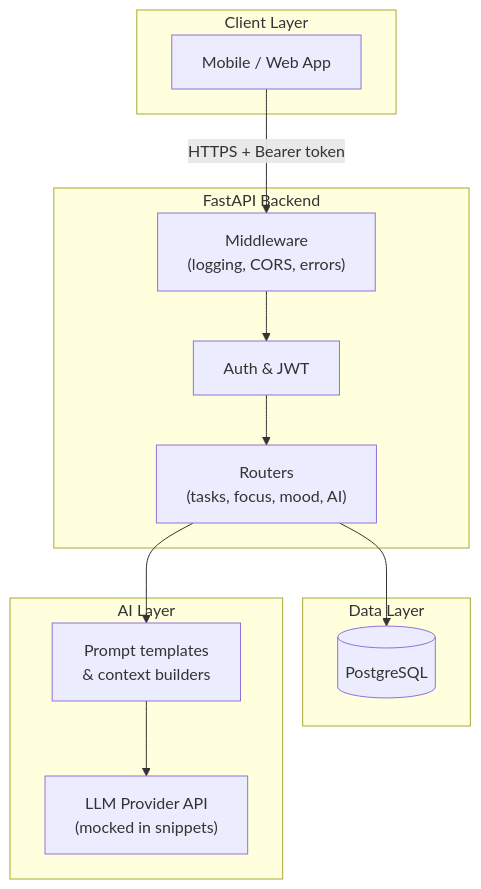
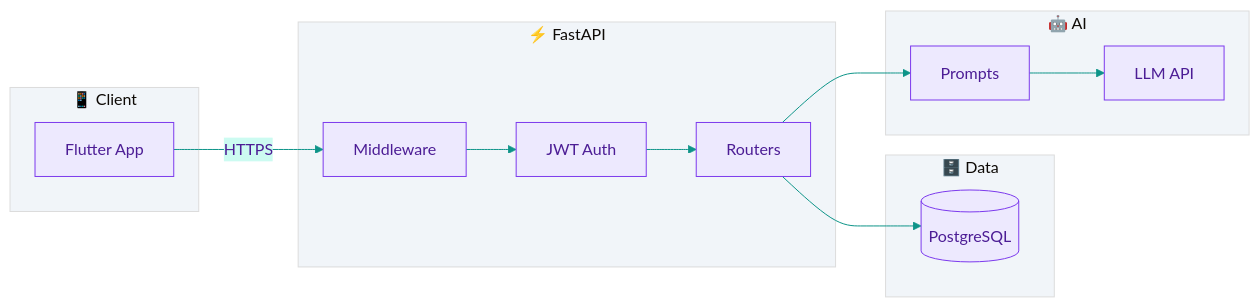
The diagram in README.md (raghadalb-tech/mindtrack-portfolio), drawn with Mermaid before and after one commit. The commit also changed other lines of this file and 3 other files, not shown here.

Commit message:
docs: add visual banner, feature graphics, and LinkedIn-ready README

````diff
--- a/README.md
+++ b/README.md
@@ -45,27 +102,28 @@
 ```mermaid
-flowchart TB
-    subgraph Client["Client Layer"]
-        APP["Mobile / Web App"]
+%%{init: {'theme': 'base', 'themeVariables': { 'primaryColor': '#ede9fe', 'primaryTextColor': '#4c1d95', 'primaryBorderColor': '#7c3aed', 'lineColor': '#0d9488', 'secondaryColor': '#ccfbf1', 'tertiaryColor': '#f1f5f9'}}}%%
+flowchart LR
+    subgraph Client["📱 Client"]
+        APP["Flutter App"]
     end
 
-    subgraph API["FastAPI Backend"]
-        MW["Middleware\n(logging, CORS, errors)"]
-        AUTH["Auth & JWT"]
-        ROUTES["Routers\n(tasks, focus, mood, AI)"]
-        MW --> AUTH --> ROUTES
+    subgraph API["⚡ FastAPI"]
+        MW["Middleware"]
+        AUTH["JWT Auth"]
+        R["Routers"]
+        MW --> AUTH --> R
     end
 
-    subgraph Data["Data Layer"]
-        PG[("PostgreSQL")]
+    subgraph Data["🗄️ Data"]
+        DB[("PostgreSQL")]
     end
 
-    subgraph AI["AI Layer"]
-        PROMPT["Prompt templates\n& context builders"]
-        LLM["LLM Provider API\n(mocked in snippets)"]
-        PROMPT --> LLM
+    subgraph AI["🤖 AI"]
+        P["Prompts"]
+        L["LLM API"]
+        P --> L
     end
 
-    APP -->|HTTPS + Bearer token| MW
-    ROUTES --> PG
-    ROUTES --> PROMPT
+    APP -->|HTTPS| MW
+    R --> DB
+    R --> P
 ```
````
